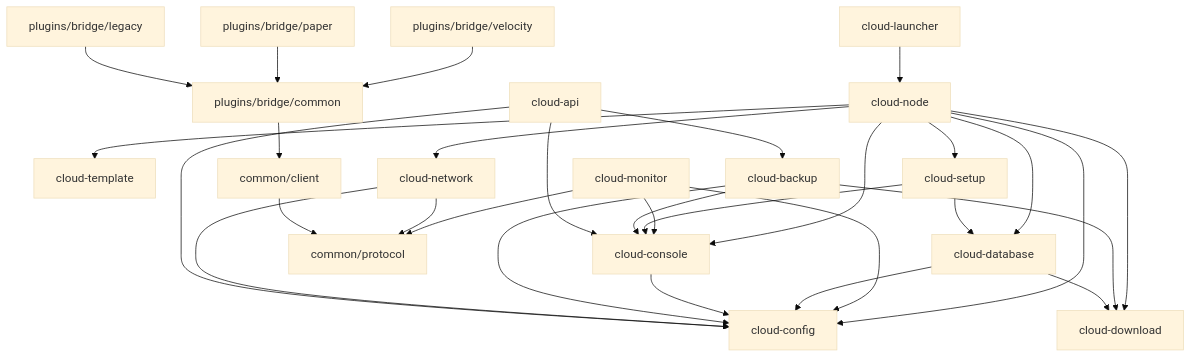
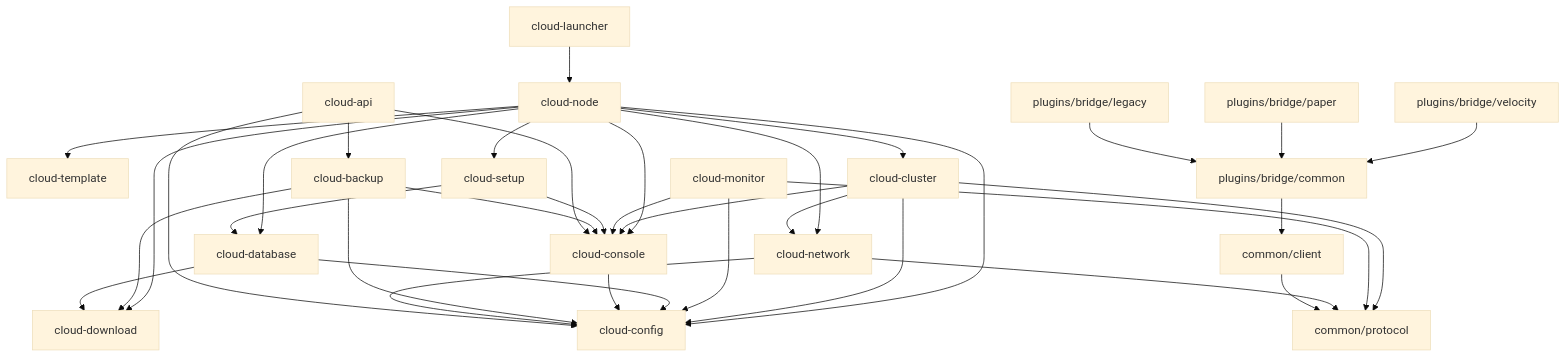
One commit to VectoDE/VectolynCloud changed the diagram in docs/cloud/architecture.md. Above: the diagram before and after it, drawn with Mermaid (base theme). The commit also changed other lines of this file and 53 other files, not shown here.

````diff
--- a/docs/cloud/architecture.md
+++ b/docs/cloud/architecture.md
@@ -38,32 +39,37 @@
 ```mermaid
 graph TD
     launcher[cloud-launcher] --> node[cloud-node]
     node --> config[cloud-config]
     node --> template[cloud-template]
     node --> download[cloud-download]
     node --> network[cloud-network]
     node --> database[cloud-database]
     node --> console[cloud-console]
     node --> setup[cloud-setup]
+    node --> cluster[cloud-cluster]
+    cluster --> config
+    cluster --> console
+    cluster --> network
+    cluster --> protocol
     monitor[cloud-monitor] --> config
     monitor --> console
     monitor --> protocol
     database --> config
     console[cloud-console] --> config
     setup[cloud-setup] --> console
     setup --> database
     backup[cloud-backup] --> config
     backup --> console
     backup --> download
     database --> download
     network --> config
     api[cloud-api] --> config
     api --> console
     api --> backup
     network --> protocol[common/protocol]
     client[common/client] --> protocol
     bcom[plugins/bridge/common] --> client
     bvel[plugins/bridge/velocity] --> bcom
     bpap[plugins/bridge/paper] --> bcom
     bleg[plugins/bridge/legacy] --> bcom
 ```
````
